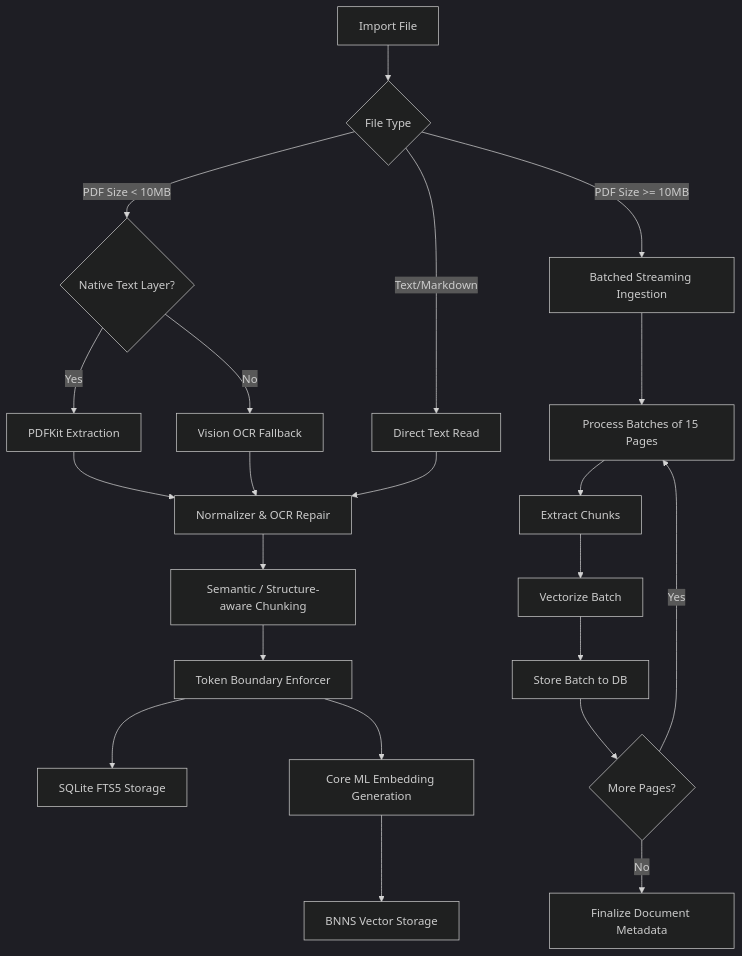
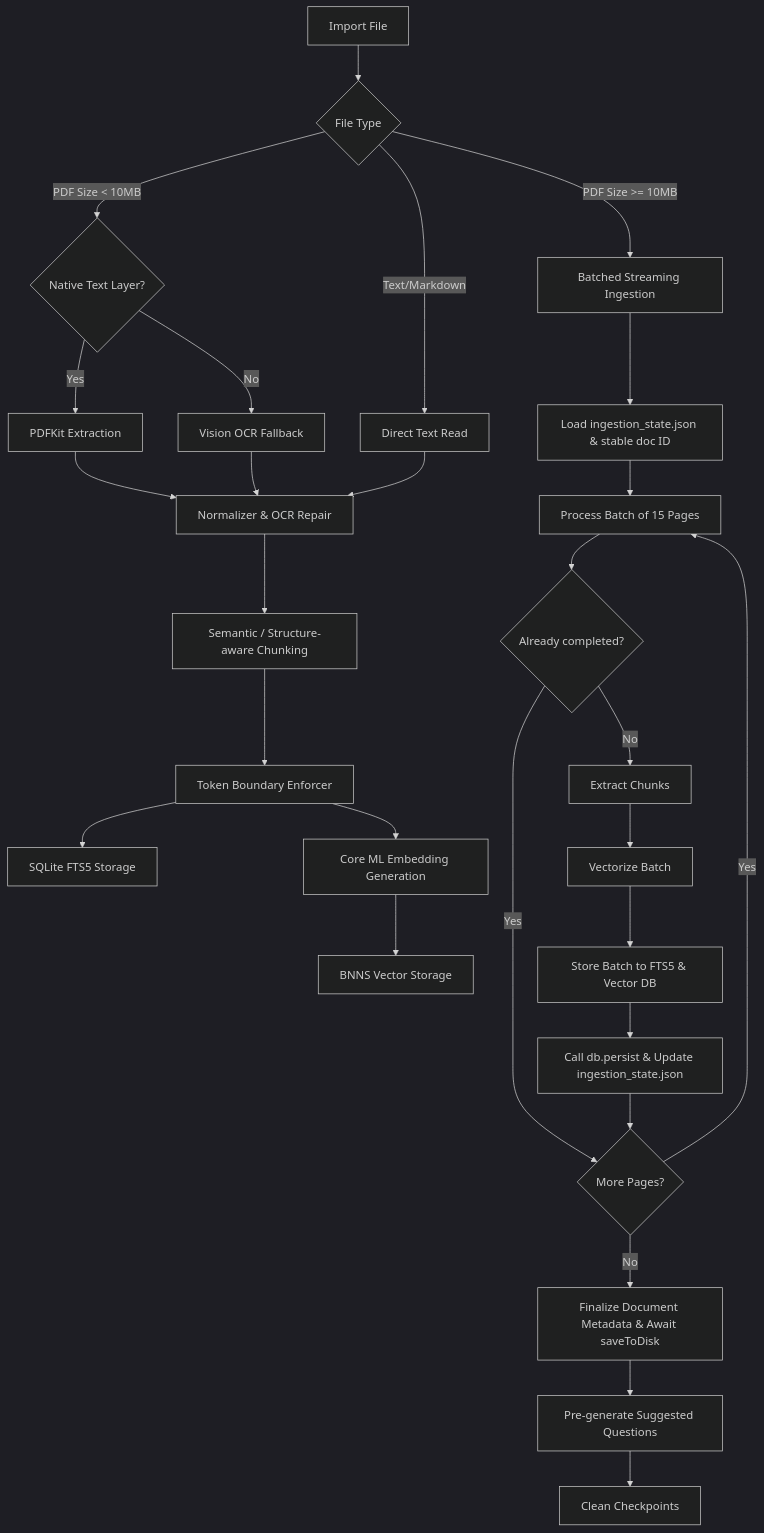
Before and after one commit to Gunnarguy/OpenIntelligence: the diagram in Docs/INGESTION_PIPELINE.md, drawn with Mermaid (dark theme). The commit also changed other lines of this file and 31 other files, not shown here.

````diff
--- a/Docs/INGESTION_PIPELINE.md
+++ b/Docs/INGESTION_PIPELINE.md
@@ -14,25 +14,31 @@
 ```mermaid
 flowchart TD
     A[Import File] --> B{File Type}
     B -- PDF Size < 10MB --> C{Native Text Layer?}
     B -- PDF Size >= 10MB --> STREAM[Batched Streaming Ingestion]
     C -- Yes --> D[PDFKit Extraction]
     C -- No --> E[Vision OCR Fallback]
     B -- Text/Markdown --> F[Direct Text Read]
     D --> G[Normalizer & OCR Repair]
     E --> G
     F --> G
     G --> H[Semantic / Structure-aware Chunking]
     H --> I[Token Boundary Enforcer]
     I --> J[SQLite FTS5 Storage]
     I --> K[Core ML Embedding Generation]
     K --> L[BNNS Vector Storage]
     
-    STREAM --> S1[Process Batches of 15 Pages]
-    S1 --> S2[Extract Chunks]
+    STREAM --> STATE[Load ingestion_state.json & stable doc ID]
+    STATE --> S1[Process Batch of 15 Pages]
+    S1 --> SKIP{Already completed?}
+    SKIP -- Yes --> NEXT_BATCH{More Pages?}
+    SKIP -- No --> S2[Extract Chunks]
     S2 --> S3[Vectorize Batch]
-    S3 --> S4[Store Batch to DB]
-    S4 --> S5{More Pages?}
-    S5 -- Yes --> S1
-    S5 -- No --> S6[Finalize Document Metadata]
+    S3 --> S4[Store Batch to FTS5 & Vector DB]
+    S4 --> S5[Call db.persist & Update ingestion_state.json]
+    S5 --> NEXT_BATCH
+    NEXT_BATCH -- Yes --> S1
+    NEXT_BATCH -- No --> S6[Finalize Document Metadata & Await saveToDisk]
+    S6 --> S7[Pre-generate Suggested Questions]
+    S7 --> S8[Clean Checkpoints]
 ```
````
